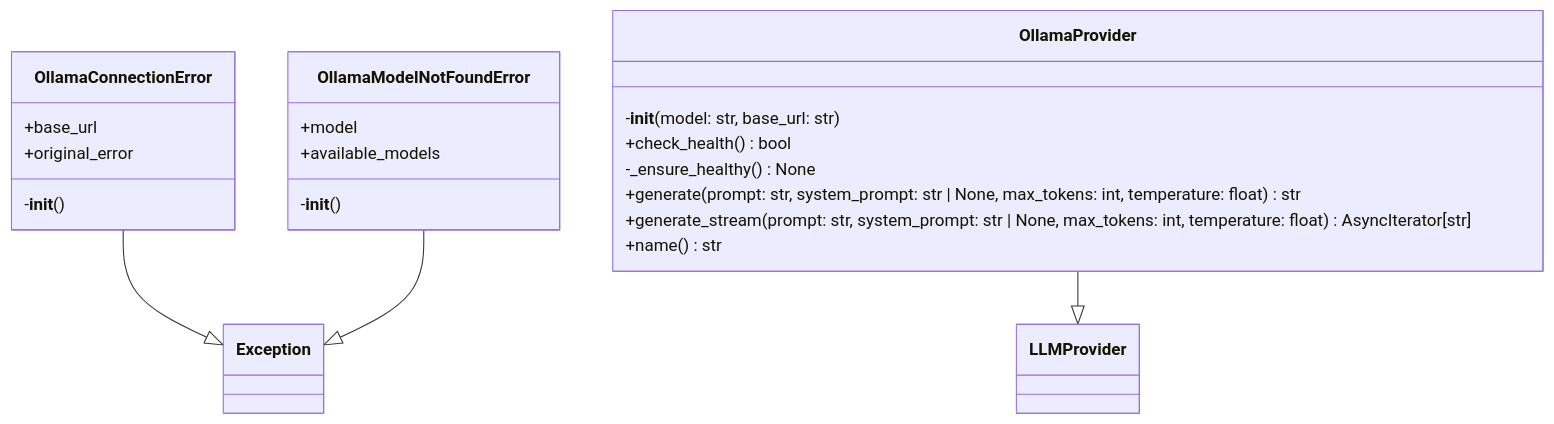
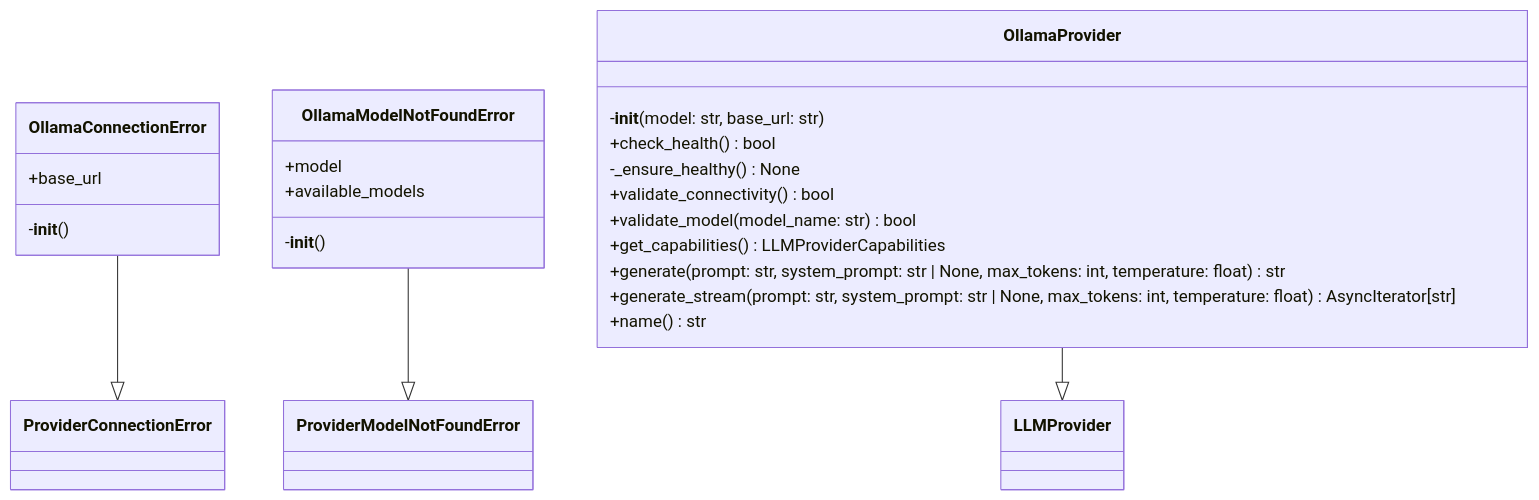
Before and after one commit to UrbanDiver/local-deepwiki-mcp: the first of 2 diagrams in .deepwiki/files/src/local_deepwiki/providers/llm/ollama.md, drawn with Mermaid. The commit also changed other lines of this file and 65 other files, not shown here.

````diff
--- a/.deepwiki/files/src/local_deepwiki/providers/llm/ollama.md
+++ b/.deepwiki/files/src/local_deepwiki/providers/llm/ollama.md
@@ -555,24 +797,26 @@
 ```mermaid
 classDiagram
     class OllamaConnectionError {
         +base_url
-        +original_error
         -__init__()
     }
     class OllamaModelNotFoundError {
         +model
         +available_models
         -__init__()
     }
     class OllamaProvider {
         -__init__(model: str, base_url: str)
         +check_health() bool
         -_ensure_healthy() None
+        +validate_connectivity() bool
+        +validate_model(model_name: str) bool
+        +get_capabilities() LLMProviderCapabilities
         +generate(prompt: str, system_prompt: str | None, max_tokens: int, temperature: float) str
         +generate_stream(prompt: str, system_prompt: str | None, max_tokens: int, temperature: float) AsyncIterator[str]
         +name() str
     }
-    OllamaConnectionError --|> Exception
-    OllamaModelNotFoundError --|> Exception
+    OllamaConnectionError --|> ProviderConnectionError
+    OllamaModelNotFoundError --|> ProviderModelNotFoundError
     OllamaProvider --|> LLMProvider
 ```
````
